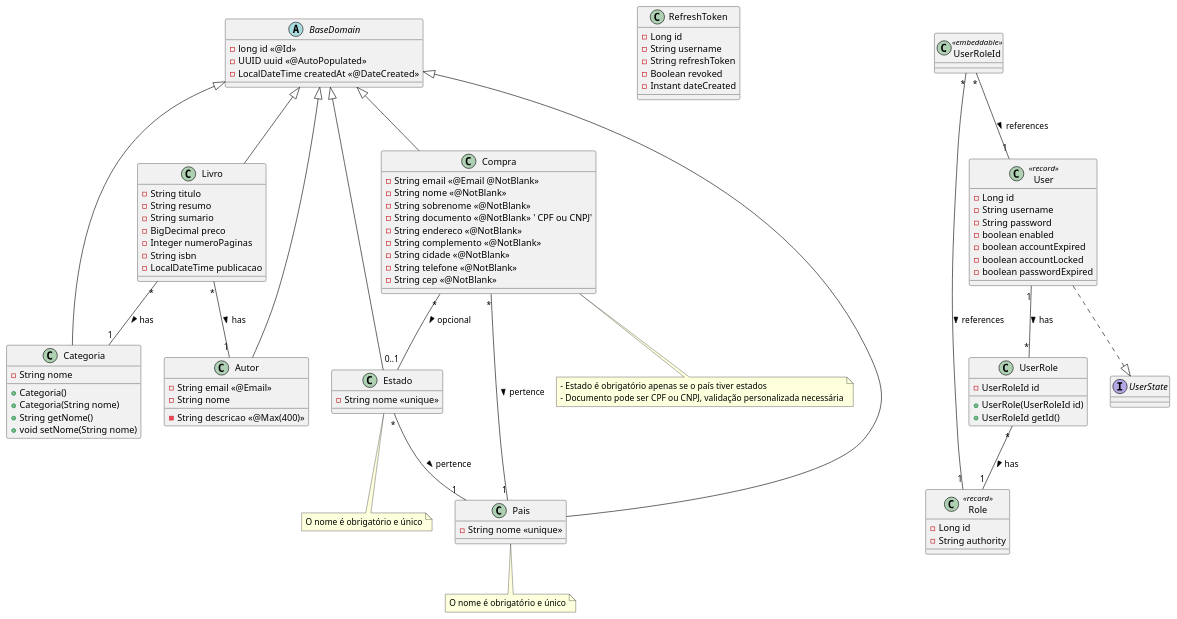
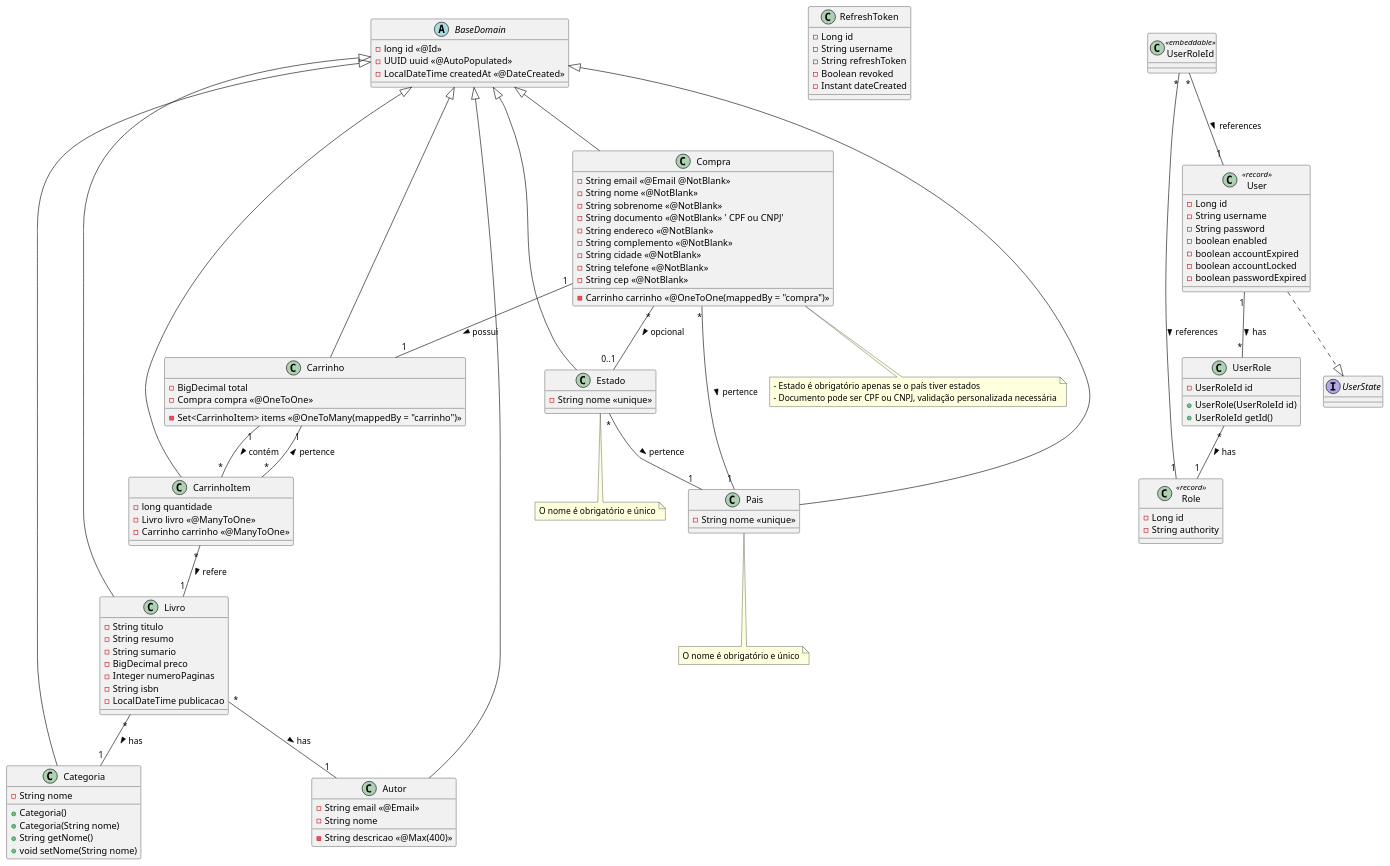
Before and after one commit to fabio21777/seed-desafio-cdc: the diagram in loja_livros_virtual/arquitetura/classe.PlantUML, drawn with PlantUML.

Commit message:
atualização do plantUml

```diff
--- a/loja_livros_virtual/arquitetura/classe.PlantUML
+++ b/loja_livros_virtual/arquitetura/classe.PlantUML
@@ -1,121 +1,140 @@
 @startuml
 
 ' Base class
 abstract class BaseDomain {
   -long id <<@Id>>
   -UUID uuid <<@AutoPopulated>>
   -LocalDateTime createdAt <<@DateCreated>>
 }
 
 ' Main entities
 class Livro {
   -String titulo
   -String resumo
   -String sumario
   -BigDecimal preco
   -Integer numeroPaginas
   -String isbn
   -LocalDateTime publicacao
 }
 
 class Categoria {
   -String nome
   +Categoria()
   +Categoria(String nome)
   +String getNome()
   +void setNome(String nome)
 }
 
 class Autor {
   -String email <<@Email>>
   -String nome
   -String descricao <<@Max(400)>>
 }
 
 ' Country and State entities
 class Pais {
   -String nome <<unique>>
 }
 note bottom of Pais: O nome é obrigatório e único
 
 class Estado {
   -String nome <<unique>>
 }
 note bottom of Estado: O nome é obrigatório e único
 
 ' Compra entity
 class Compra {
   -String email <<@Email @NotBlank>>
   -String nome <<@NotBlank>>
   -String sobrenome <<@NotBlank>>
   -String documento <<@NotBlank>> ' CPF ou CNPJ'
   -String endereco <<@NotBlank>>
   -String complemento <<@NotBlank>>
   -String cidade <<@NotBlank>>
   -String telefone <<@NotBlank>>
   -String cep <<@NotBlank>>
+  -Carrinho carrinho <<@OneToOne(mappedBy = "compra")>>
 }
-
 note bottom of Compra
   - Estado é obrigatório apenas se o país tiver estados
   - Documento pode ser CPF ou CNPJ, validação personalizada necessária
 end note
+
+' Carrinho e CarrinhoItem
+class Carrinho {
+  -BigDecimal total
+  -Set<CarrinhoItem> items <<@OneToMany(mappedBy = "carrinho")>>
+  -Compra compra <<@OneToOne>>
+}
+
+class CarrinhoItem {
+  -long quantidade
+  -Livro livro <<@ManyToOne>>
+  -Carrinho carrinho <<@ManyToOne>>
+}
 
 ' Refresh/Auth/User entities
 class RefreshToken {
   -Long id
   -String username
   -String refreshToken
   -Boolean revoked
   -Instant dateCreated
 }
 
 class Role <<record>> {
   -Long id
   -String authority
 }
 
 class User <<record>> {
   -Long id
   -String username
   -String password
   -boolean enabled
   -boolean accountExpired
   -boolean accountLocked
   -boolean passwordExpired
 }
 
 class UserRole {
   -UserRoleId id
   +UserRole(UserRoleId id)
   +UserRoleId getId()
 }
 
 class UserRoleId <<embeddable>> {
 }
 
 ' Interfaces
 interface UserState {
 }
 
 ' Inheritance relationships
 BaseDomain <|-- Livro
 BaseDomain <|-- Categoria
 BaseDomain <|-- Autor
 BaseDomain <|-- Pais
 BaseDomain <|-- Estado
 BaseDomain <|-- Compra
+BaseDomain <|-- Carrinho
+BaseDomain <|-- CarrinhoItem
 User ..|> UserState
 
 ' Entity relationships
 Livro "*" -- "1" Categoria : has >
 Livro "*" -- "1" Autor : has >
 User "1" -- "*" UserRole : has >
 UserRole "*" -- "1" Role : has >
 UserRoleId "*" -- "1" User : references >
 UserRoleId "*" -- "1" Role : references >
 Estado "*" -- "1" Pais : pertence >
 Compra "*" -- "1" Pais : pertence >
 Compra "*" -- "0..1" Estado : opcional >
+Compra "1" -- "1" Carrinho : possui >
+Carrinho "1" -- "*" CarrinhoItem : contém >
+CarrinhoItem "*" -- "1" Livro : refere >
+CarrinhoItem "*" -- "1" Carrinho : pertence >
 
 @enduml
```
